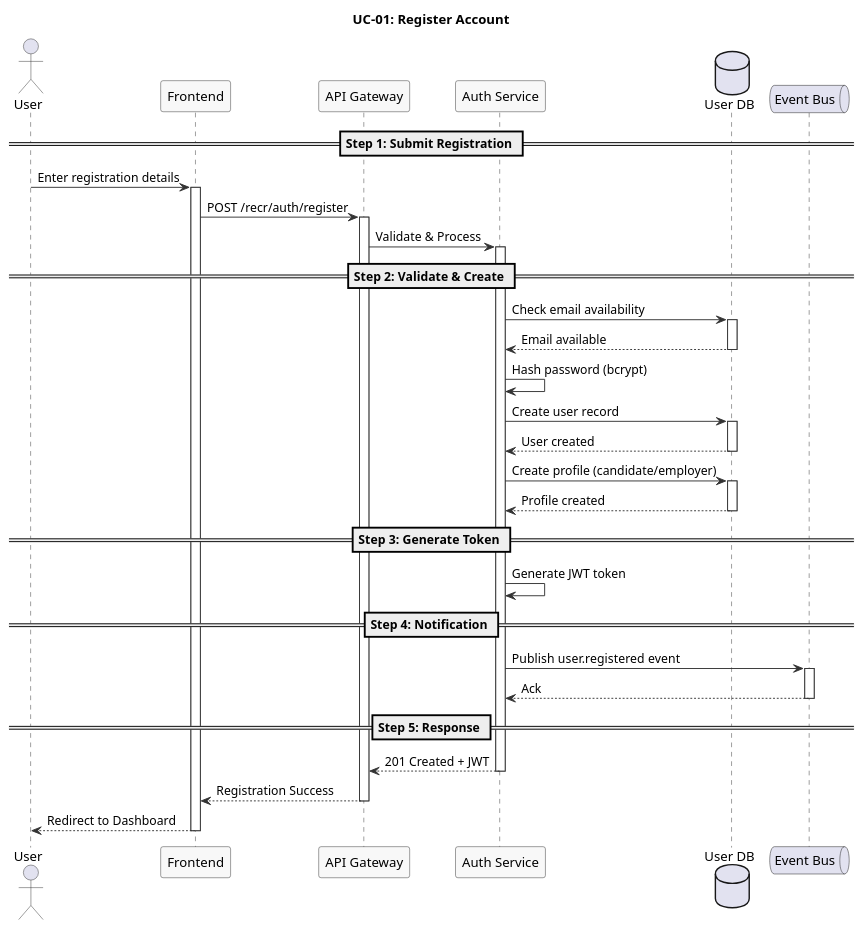
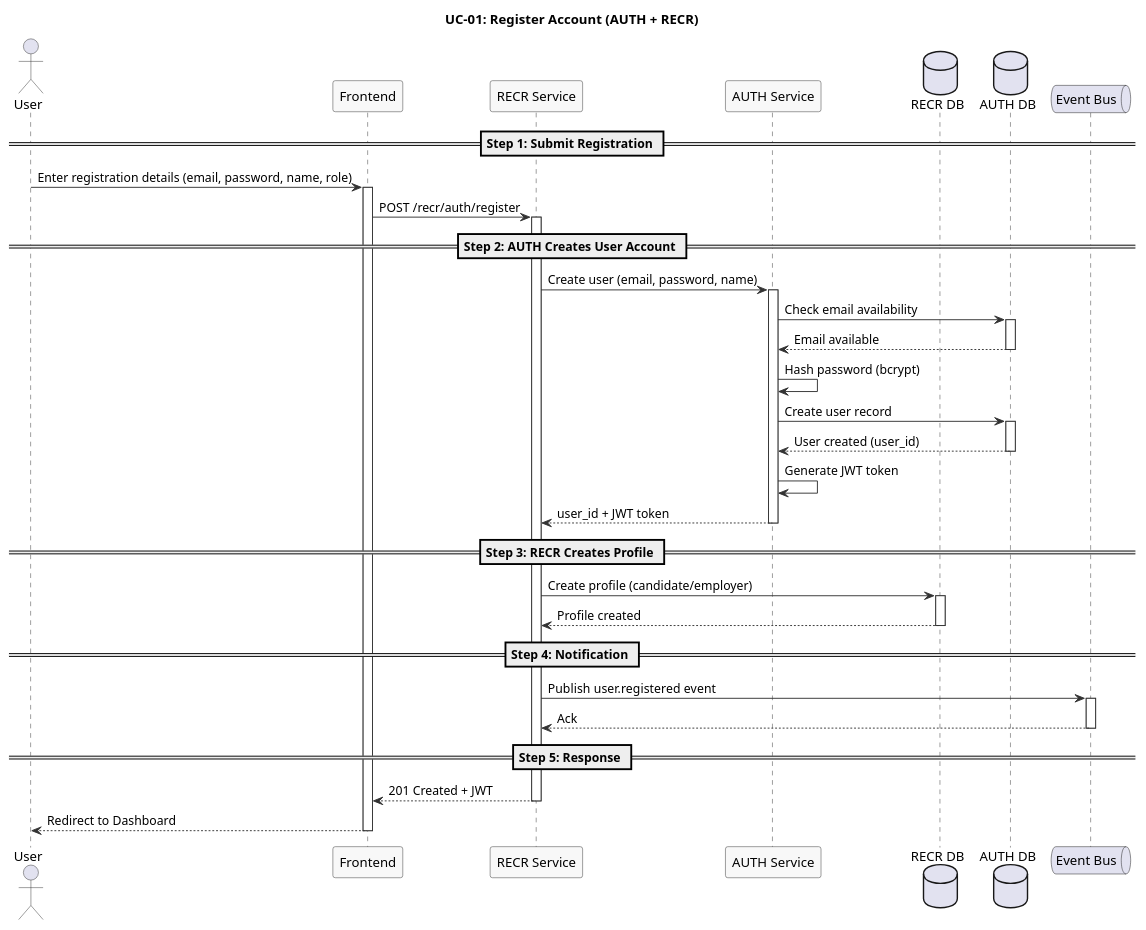
Before and after one commit to namnh240795/document: the diagram in modules/recr/diagrams/sequence/uc01-register-sequence.puml, drawn with PlantUML. The commit also changed 1 other file, not shown here.

Commit message:
Update UC-01 sequence diagram to show AUTH/RECR split
AUTH handles user creation, password hashing, JWT generation.
RECR handles profile creation (candidate/employer) after receiving
user_id from AUTH.

```diff
--- a/modules/recr/diagrams/sequence/uc01-register-sequence.puml
+++ b/modules/recr/diagrams/sequence/uc01-register-sequence.puml
@@ -1,72 +1,75 @@
 @startuml
 ' UC-01: Register Account - Sequence Diagram
+' AUTH handles: user creation, password hashing, JWT
+' RECR handles: role selection, profile creation
 skinparam sequence {
   ArrowColor #333333
   ActorBorderColor #333333
   LifeLineBorderColor #333333
   ParticipantBackgroundColor #F8F8F8
   ParticipantBorderColor #333333
 }
 
-title UC-01: Register Account
+title UC-01: Register Account (AUTH + RECR)
 
 actor "User" as User
 participant "Frontend" as FE
-participant "API Gateway" as GW
-participant "Auth Service" as Auth
-database "User DB" as DB
+participant "RECR Service" as RECR
+participant "AUTH Service" as AUTH
+database "RECR DB" as RDB
+database "AUTH DB" as ADB
 queue "Event Bus" as MQ
 
 == Step 1: Submit Registration ==
 
-User -> FE : Enter registration details
+User -> FE : Enter registration details (email, password, name, role)
 activate FE
 
-FE -> GW : POST /recr/auth/register
-activate GW
+FE -> RECR : POST /recr/auth/register
+activate RECR
 
-GW -> Auth : Validate & Process
-activate Auth
+== Step 2: AUTH Creates User Account ==
 
-== Step 2: Validate & Create ==
+RECR -> AUTH : Create user (email, password, name)
+activate AUTH
 
-Auth -> DB : Check email availability
-activate DB
-DB --> Auth : Email available
-deactivate DB
+AUTH -> ADB : Check email availability
+activate ADB
+ADB --> AUTH : Email available
+deactivate ADB
 
-Auth -> Auth : Hash password (bcrypt)
+AUTH -> AUTH : Hash password (bcrypt)
 
-Auth -> DB : Create user record
-activate DB
-DB --> Auth : User created
-deactivate DB
+AUTH -> ADB : Create user record
+activate ADB
+ADB --> AUTH : User created (user_id)
+deactivate ADB
 
-Auth -> DB : Create profile (candidate/employer)
-activate DB
-DB --> Auth : Profile created
-deactivate DB
+AUTH -> AUTH : Generate JWT token
 
-== Step 3: Generate Token ==
+AUTH --> RECR : user_id + JWT token
+deactivate AUTH
 
-Auth -> Auth : Generate JWT token
+== Step 3: RECR Creates Profile ==
+
+RECR -> RDB : Create profile (candidate/employer)
+activate RDB
+RDB --> RECR : Profile created
+deactivate RDB
 
 == Step 4: Notification ==
 
-Auth -> MQ : Publish user.registered event
+RECR -> MQ : Publish user.registered event
 activate MQ
-MQ --> Auth : Ack
+MQ --> RECR : Ack
 deactivate MQ
 
 == Step 5: Response ==
 
-Auth --> GW : 201 Created + JWT
-deactivate Auth
-
-GW --> FE : Registration Success
-deactivate GW
+RECR --> FE : 201 Created + JWT
+deactivate RECR
 
 FE --> User : Redirect to Dashboard
 deactivate FE
 
 @enduml
```
